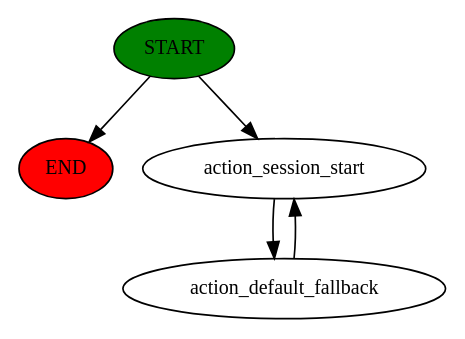
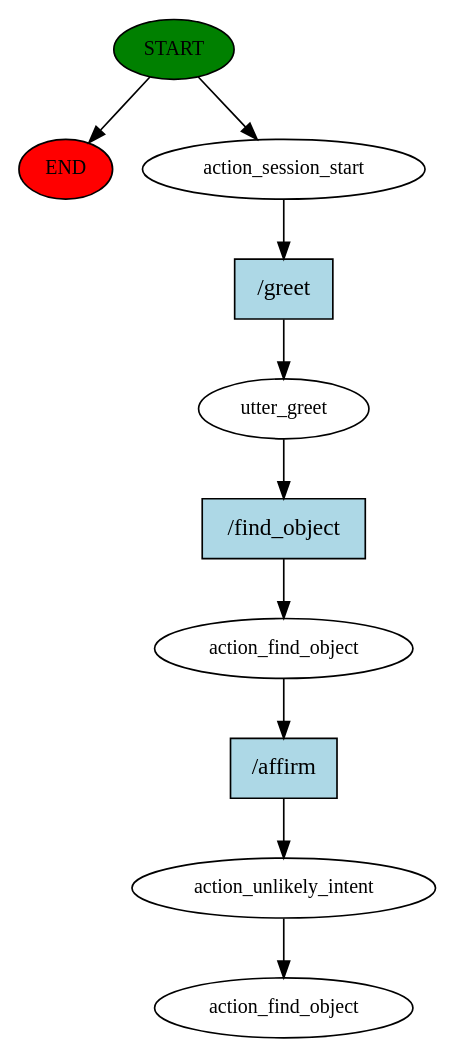
The diagram in rasa/story_graph.dot (toutia/dialogue_manager), drawn with Graphviz before and after one commit. The commit also changed 13 other files, not shown here.

```diff
--- a/rasa/story_graph.dot
+++ b/rasa/story_graph.dot
@@ -1,10 +1,21 @@
 digraph  {
 0 [class="start active", fillcolor=green, fontsize=12, label=START, style=filled];
 "-1" [class=end, fillcolor=red, fontsize=12, label=END, style=filled];
 1 [class=active, fontsize=12, label=action_session_start];
-2 [class="active dashed", fontsize=12, label=action_default_fallback];
+2 [class=active, fontsize=12, label=utter_greet];
+3 [class=active, fontsize=12, label=action_find_object];
+4 [class=active, fontsize=12, label=action_unlikely_intent];
+5 [class="dashed active", fontsize=12, label=action_find_object];
+6 [class="intent active", fillcolor=lightblue, label="/greet", shape=rect, style=filled];
+7 [class="intent active", fillcolor=lightblue, label="/find_object", shape=rect, style=filled];
+8 [class="intent active", fillcolor=lightblue, label="/affirm", shape=rect, style=filled];
 0 -> "-1"  [class="", key=NONE, label=""];
 0 -> 1  [class=active, key=NONE, label=""];
-1 -> 2  [class=active, key=NONE, label=""];
-2 -> 1  [class=active, key=NONE, label=""];
+1 -> 6  [class=active, key=0];
+2 -> 7  [class=active, key=0];
+3 -> 8  [class=active, key=0];
+4 -> 5  [class=active, key=NONE, label=""];
+6 -> 2  [class=active, key=0];
+7 -> 3  [class=active, key=0];
+8 -> 4  [class=active, key=0];
 }
```
